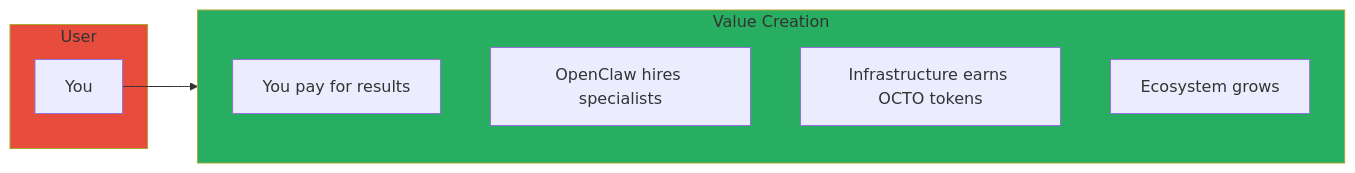
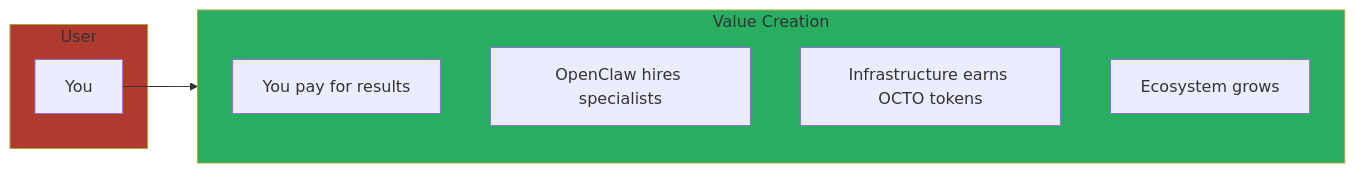
The fifth of 5 diagrams in docs/openclaw.md (CipherOcto/cipherocto), drawn with Mermaid before and after one commit. The commit also changed other lines of this file and 13 other files, not shown here.

First line of the commit message:
Improve Mermaid diagram accessibility: Fix color contrast

````diff
--- a/docs/openclaw.md
+++ b/docs/openclaw.md
@@ -157,19 +157,19 @@
 ```mermaid
 graph LR
     subgraph USER["User"]
         U[You]
     end
 
     subgraph VALUE["Value Creation"]
         direction TB
         V1[You pay for results]
         V2[OpenClaw hires specialists]
         V3[Infrastructure earns OCTO tokens]
         V4[Ecosystem grows]
     end
 
     U --> VALUE
 
-    style USER fill:#e74c3c
+    style USER fill:#b03a2e
     style VALUE fill:#27ae60
 ```
````
